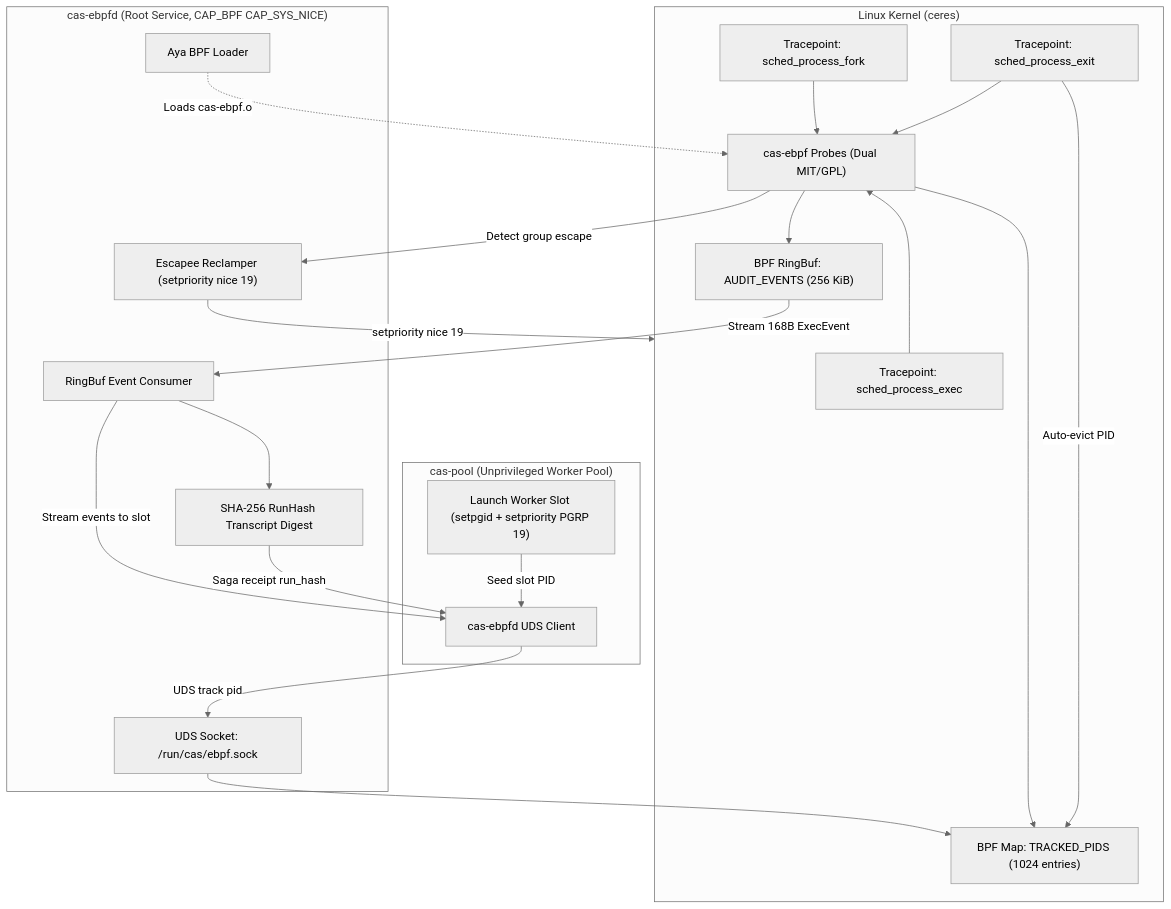
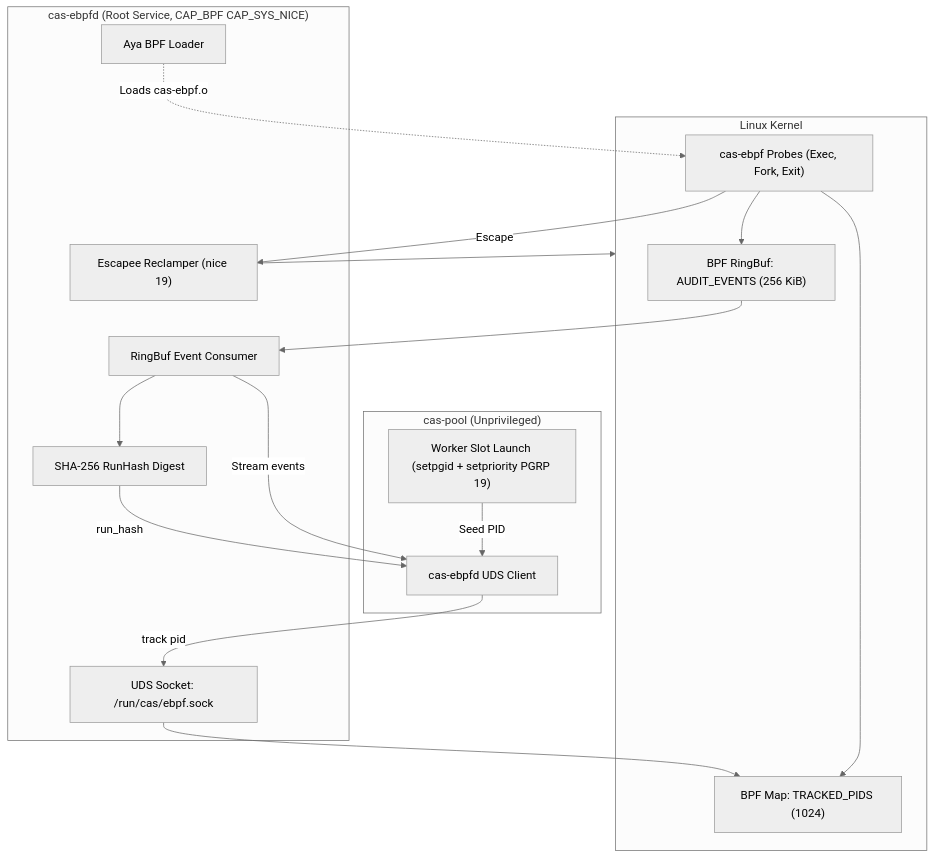
The diagram in specs/0014-ebpf-priority-clamping-and-audit-probes.md (unsigned-gg/uas), drawn with Mermaid (neutral theme) before and after one commit. The commit also changed other lines of this file and 2 other files, not shown here.

Commit message:
docs(specs): tighten spec 0014 and integrate ebpf hooks into spec 0015

````diff
--- a/specs/0014-ebpf-priority-clamping-and-audit-probes.md
+++ b/specs/0014-ebpf-priority-clamping-and-audit-probes.md
@@ -114,41 +73,24 @@
 ```mermaid
 flowchart TD
-    subgraph Pool["cas-pool (Unprivileged Worker Pool)"]
-        SlotLaunch["Launch Worker Slot (setpgid + setpriority PGRP 19)"]
+    subgraph Pool["cas-pool (Unprivileged)"]
+        Launch["Worker Slot Launch (setpgid + setpriority PGRP 19)"]
         PoolClient["cas-ebpfd UDS Client"]
     end
-
     subgraph Daemon["cas-ebpfd (Root Service, CAP_BPF CAP_SYS_NICE)"]
         UdsServer["UDS Socket: /run/cas/ebpf.sock"]
         Loader["Aya BPF Loader"]
         Consumer["RingBuf Event Consumer"]
-        Reclamper["Escapee Reclamper (setpriority nice 19)"]
-        Hasher["SHA-256 RunHash Transcript Digest"]
+        Reclamper["Escapee Reclamper (nice 19)"]
+        Hasher["SHA-256 RunHash Digest"]
     end
-
-    subgraph Kernel["Linux Kernel (ceres)"]
-        TraceExec["Tracepoint: sched_process_exec"]
-        TraceFork["Tracepoint: sched_process_fork"]
-        TraceExit["Tracepoint: sched_process_exit"]
-        BpfProg["cas-ebpf Probes (Dual MIT/GPL)"]
-        PidMap["BPF Map: TRACKED_PIDS (1024 entries)"]
+    subgraph Kernel["Linux Kernel"]
+        Probes["cas-ebpf Probes (Exec, Fork, Exit)"]
+        PidMap["BPF Map: TRACKED_PIDS (1024)"]
         RingBuf["BPF RingBuf: AUDIT_EVENTS (256 KiB)"]
     end
-
-    SlotLaunch -->|Seed slot PID| PoolClient
-    PoolClient -->|UDS track pid| UdsServer
-    UdsServer --> PidMap
-    Loader -.->|Loads cas-ebpf.o| BpfProg
-    TraceExec --> BpfProg
-    TraceFork --> BpfProg
-    TraceExit --> BpfProg
-    BpfProg --> PidMap
-    BpfProg --> RingBuf
-    TraceExit -->|Auto-evict PID| PidMap
-    RingBuf -->|Stream 168B ExecEvent| Consumer
-    Consumer --> Hasher
-    BpfProg -->|Detect group escape| Reclamper
-    Reclamper -->|setpriority nice 19| Kernel
-    Consumer -->|Stream events to slot| PoolClient
-    Hasher -->|Saga receipt run_hash| PoolClient
+    Launch -->|Seed PID| PoolClient -->|track pid| UdsServer --> PidMap
+    Loader -.->|Loads cas-ebpf.o| Probes --> PidMap & RingBuf
+    RingBuf --> Consumer --> Hasher -->|run_hash| PoolClient
+    Consumer -->|Stream events| PoolClient
+    Probes -->|Escape| Reclamper --> Kernel
 ```
````
